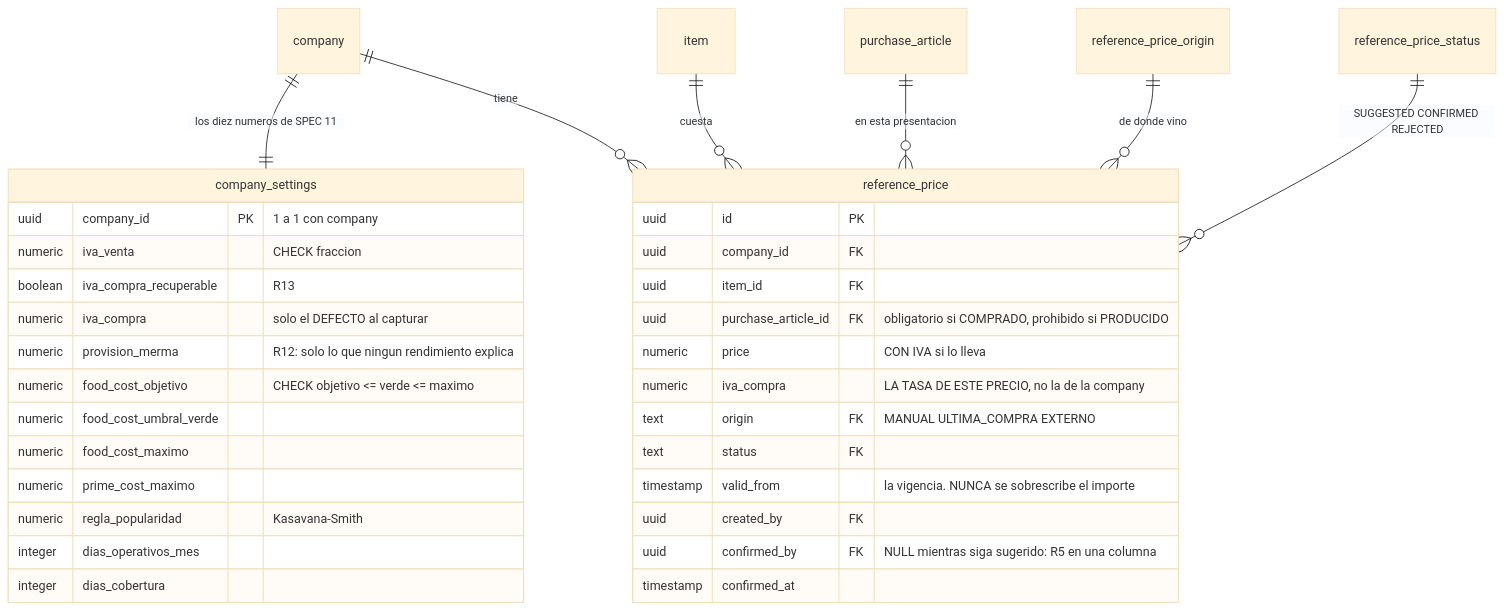
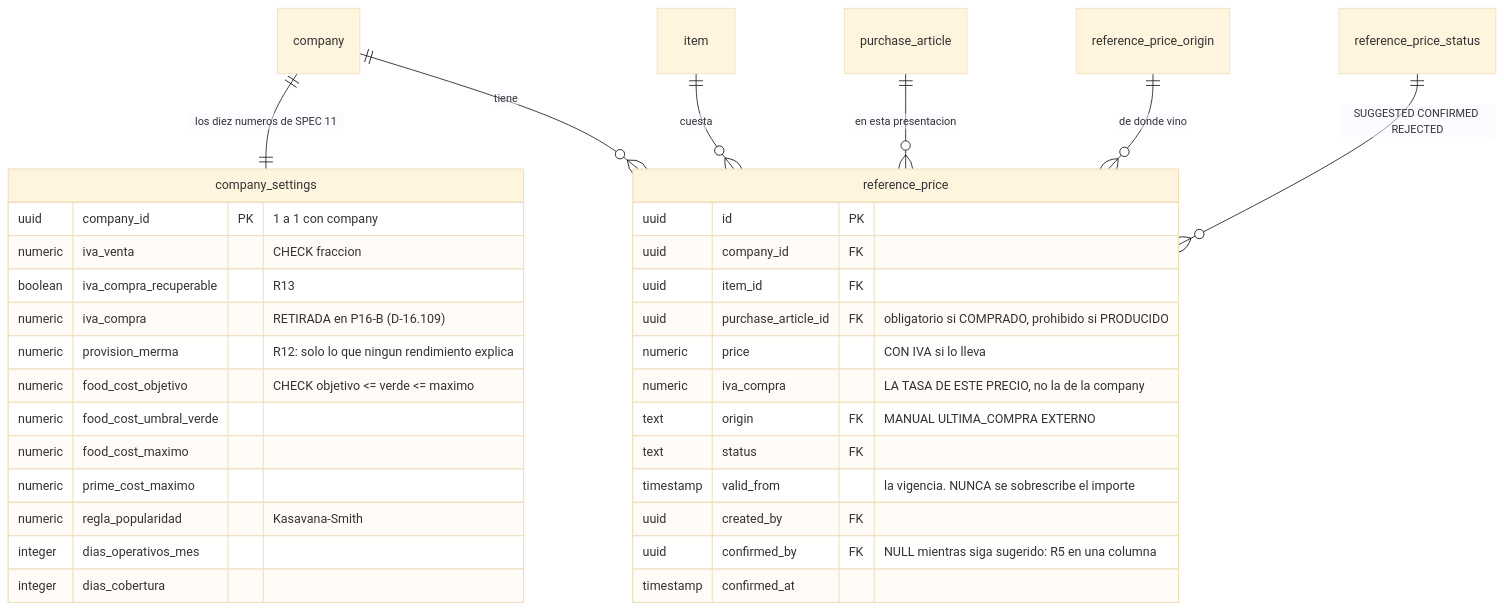
Before and after one commit to 5lander/CommerceKosto: the fourth of 12 diagrams in docs/sistema/modelo-datos.md, drawn with Mermaid (base theme). The commit also changed other lines of this file and 87 other files, not shown here.

````diff
--- a/docs/sistema/modelo-datos.md
+++ b/docs/sistema/modelo-datos.md
@@ -233,38 +233,38 @@
 ```mermaid
 erDiagram
     company               ||--|| company_settings : "los diez numeros de SPEC 11"
     company               ||--o{ reference_price : "tiene"
     item                  ||--o{ reference_price : "cuesta"
     purchase_article      ||--o{ reference_price : "en esta presentacion"
     reference_price_origin||--o{ reference_price : "de donde vino"
     reference_price_status||--o{ reference_price : "SUGGESTED CONFIRMED REJECTED"
 
     company_settings {
         uuid    company_id PK "1 a 1 con company"
         numeric iva_venta "CHECK fraccion"
         boolean iva_compra_recuperable "R13"
-        numeric iva_compra "solo el DEFECTO al capturar"
+        numeric iva_compra "RETIRADA en P16-B (D-16.109)"
         numeric provision_merma "R12: solo lo que ningun rendimiento explica"
         numeric food_cost_objetivo "CHECK objetivo <= verde <= maximo"
         numeric food_cost_umbral_verde
         numeric food_cost_maximo
         numeric prime_cost_maximo
         numeric regla_popularidad "Kasavana-Smith"
         integer dias_operativos_mes
         integer dias_cobertura
     }
     reference_price {
         uuid      id PK
         uuid      company_id FK
         uuid      item_id FK
         uuid      purchase_article_id FK "obligatorio si COMPRADO, prohibido si PRODUCIDO"
         numeric   price "CON IVA si lo lleva"
         numeric   iva_compra "LA TASA DE ESTE PRECIO, no la de la company"
         text      origin FK "MANUAL ULTIMA_COMPRA EXTERNO"
         text      status FK
         timestamp valid_from "la vigencia. NUNCA se sobrescribe el importe"
         uuid      created_by FK
         uuid      confirmed_by FK "NULL mientras siga sugerido: R5 en una columna"
         timestamp confirmed_at
     }
 ```
````
